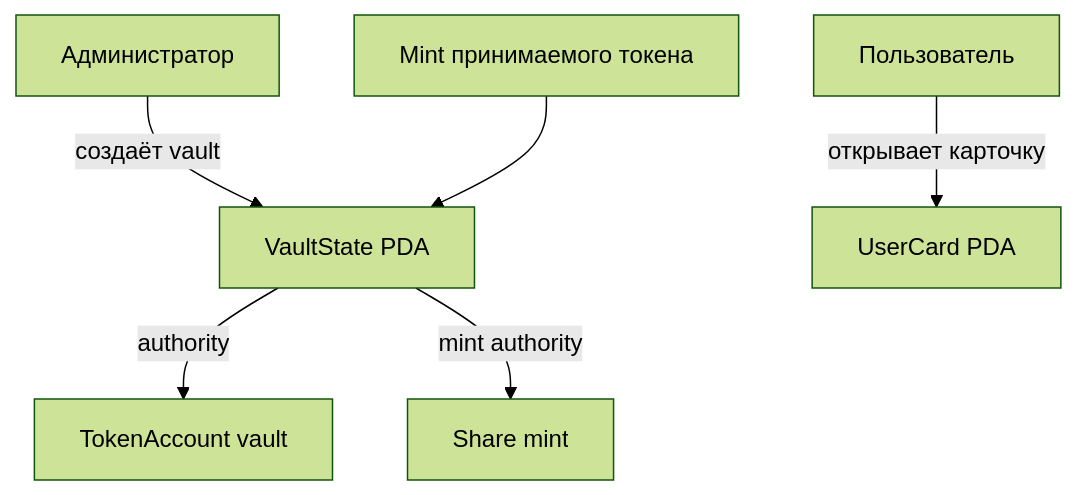
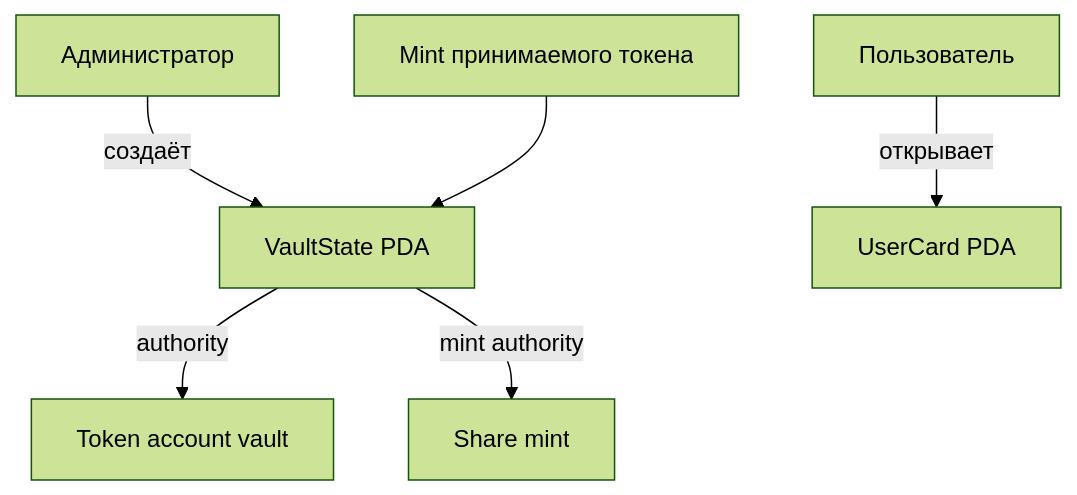
One commit to BerikbaiNurai/Solana-course- changed the diagram in README.md. Above: the diagram before and after it, drawn with Mermaid (forest theme). The commit also changed other lines of this file, not shown here.

````diff
--- a/README.md
+++ b/README.md
@@ -16,8 +28,8 @@
 ```mermaid
 flowchart TD
-    Admin[Администратор] -->|создаёт vault| State[VaultState PDA]
-    User[Пользователь] -->|открывает карточку| Card[UserCard PDA]
+    Admin[Администратор] -->|создаёт| State[VaultState PDA]
+    User[Пользователь] -->|открывает| Card[UserCard PDA]
     Mint[Mint принимаемого токена] --> State
-    State -->|authority| Custody[TokenAccount vault]
+    State -->|authority| Custody[Token account vault]
     State -->|mint authority| Share[Share mint]
 ```
````
